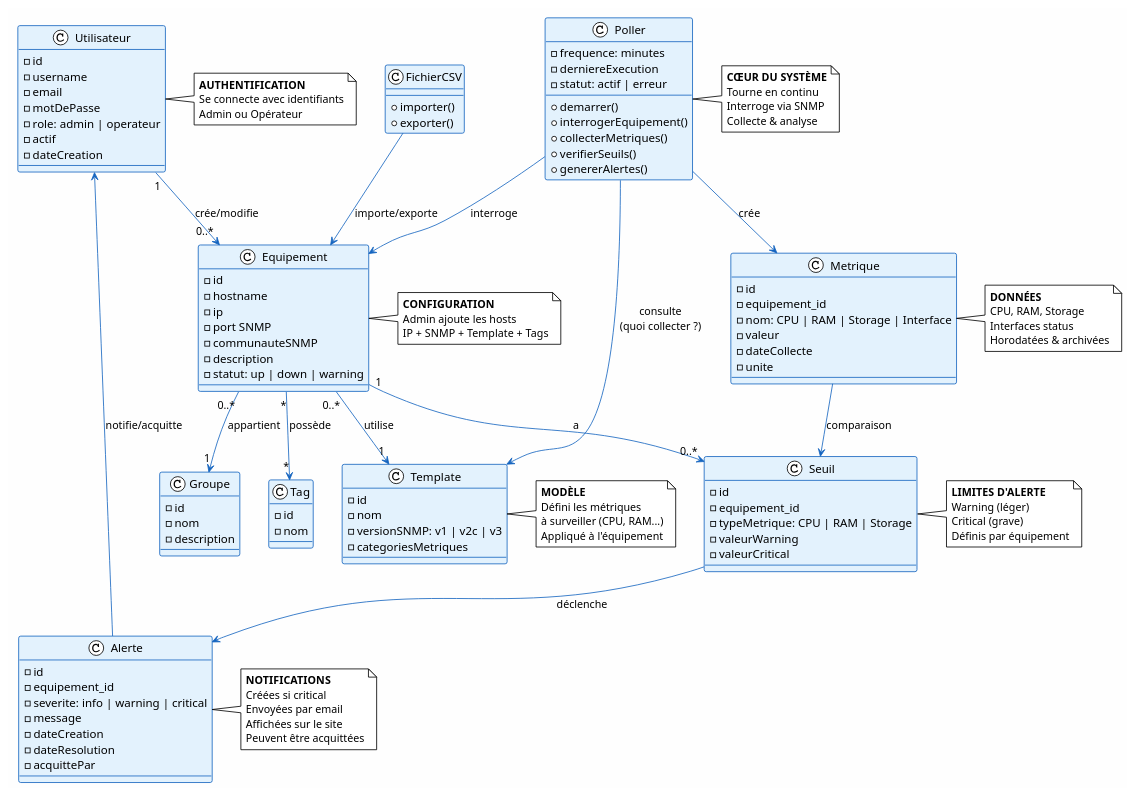
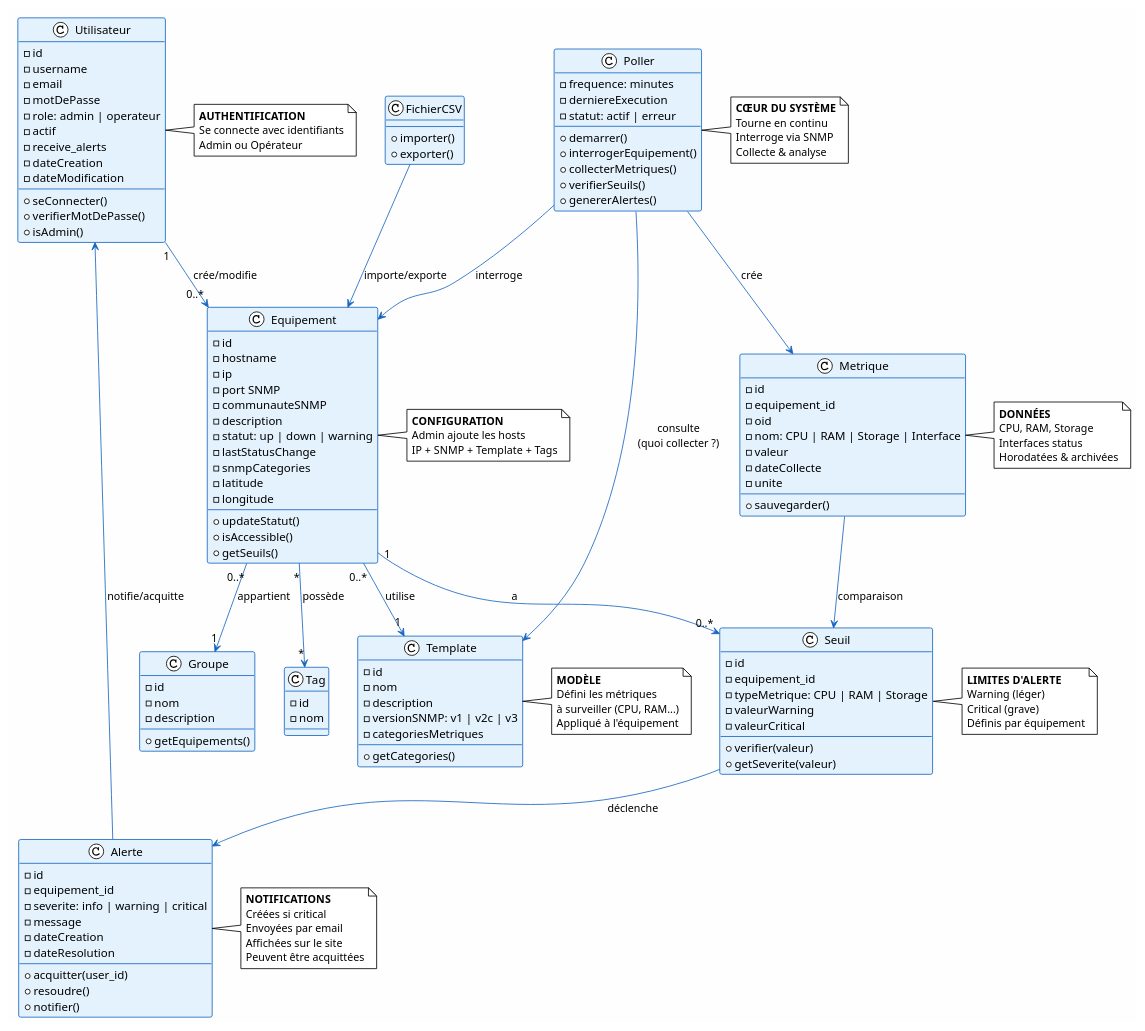
Before and after one commit to Noe-GAVILLET/Projet_supervision_reseau: the diagram in Diagramme/UML/class_diagram_uml.puml, drawn with PlantUML. The commit also changed 10 other files, not shown here.

Commit message:
Maj diagrammes

```diff
--- a/Diagramme/UML/class_diagram_uml.puml
+++ b/Diagramme/UML/class_diagram_uml.puml
@@ -18,7 +18,13 @@
   - motDePasse
   - role: admin | operateur
   - actif
+  - receive_alerts
   - dateCreation
+  - dateModification
+  --
+  + seConnecter()
+  + verifierMotDePasse()
+  + isAdmin()
 }
 
 ' ============================================================================
@@ -33,19 +39,32 @@
   - communauteSNMP
   - description
   - statut: up | down | warning
+  - lastStatusChange
+  - snmpCategories  
+  - latitude
+  - longitude
+  --
+  + updateStatut()
+  + isAccessible()
+  + getSeuils()
 }
 
 class Template {
   - id
   - nom
+  - description
   - versionSNMP: v1 | v2c | v3
   - categoriesMetriques
+  --
+  + getCategories()
 }
 
 class Groupe {
   - id
   - nom
   - description
+  --
+  + getEquipements()
 }
 
 class Tag {
@@ -63,6 +82,9 @@
   - typeMetrique: CPU | RAM | Storage
   - valeurWarning
   - valeurCritical
+  --
+  + verifier(valeur)
+  + getSeverite(valeur)
 }
 
 ' ============================================================================
@@ -88,10 +110,13 @@
 class Metrique {
   - id
   - equipement_id
+  - oid
   - nom: CPU | RAM | Storage | Interface
   - valeur
   - dateCollecte
   - unite
+  --
+  + sauvegarder()
 }
 
 ' ============================================================================
@@ -105,7 +130,10 @@
   - message
   - dateCreation
   - dateResolution
-  - acquittePar
+  --
+  + acquitter(user_id)
+  + resoudre()
+  + notifier()
 }
 
 ' ============================================================================
```
